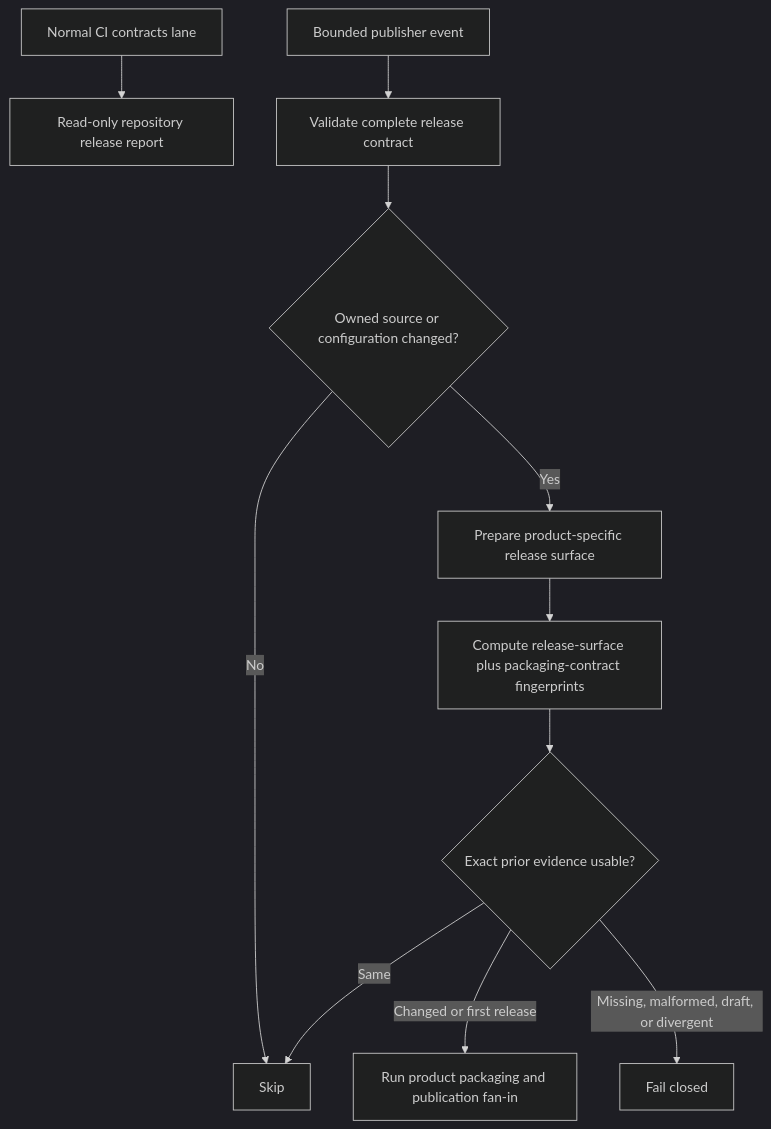
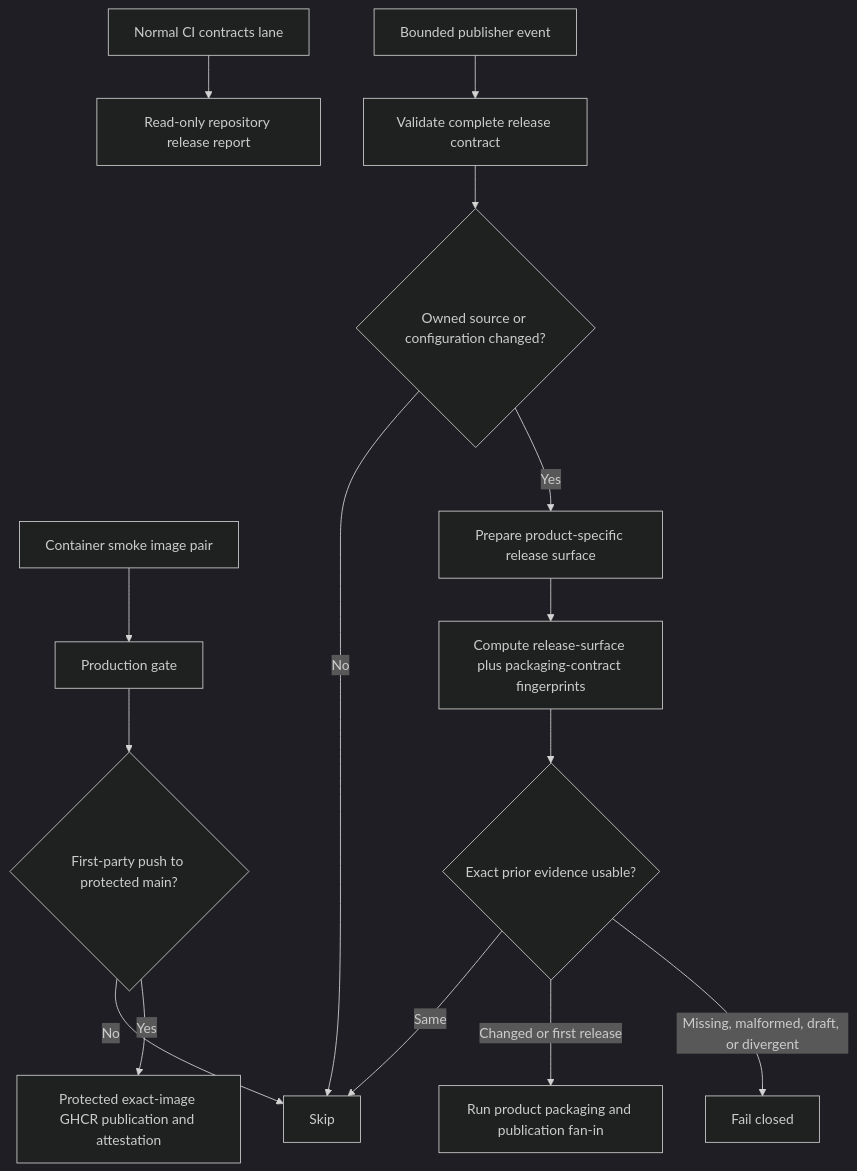
Before and after one commit to supermarsx/standard-red-notes: the diagram in docs/ci-production-gates.md, drawn with Mermaid (dark theme). The commit also changed other lines of this file and 9 other files, not shown here.

````diff
--- a/docs/ci-production-gates.md
+++ b/docs/ci-production-gates.md
@@ -80,13 +116,17 @@
 ```mermaid
 flowchart TD
   C[Normal CI contracts lane] --> R[Read-only repository release report]
+  D[Container smoke image pair] --> G[Production gate]
+  G --> H{First-party push to protected main?}
+  H -- No --> S
+  H -- Yes --> Q[Protected exact-image GHCR publication and attestation]
   E[Bounded publisher event] --> V[Validate complete release contract]
   V --> I{Owned source or configuration changed?}
   I -- No --> S[Skip]
   I -- Yes --> B[Prepare product-specific release surface]
   B --> F[Compute release-surface plus packaging-contract fingerprints]
   F --> P{Exact prior evidence usable?}
   P -- Same --> S
   P -- Changed or first release --> U[Run product packaging and publication fan-in]
   P -- Missing, malformed, draft, or divergent --> X[Fail closed]
 ```
````
